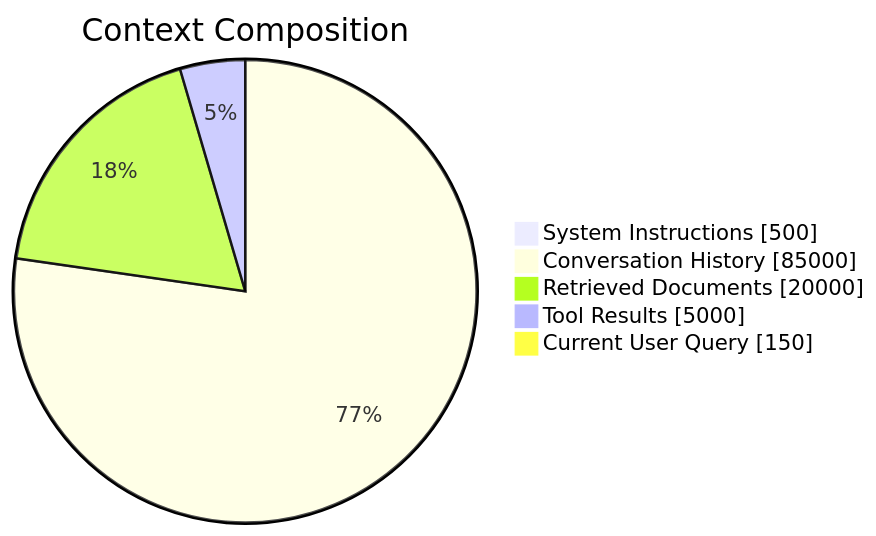
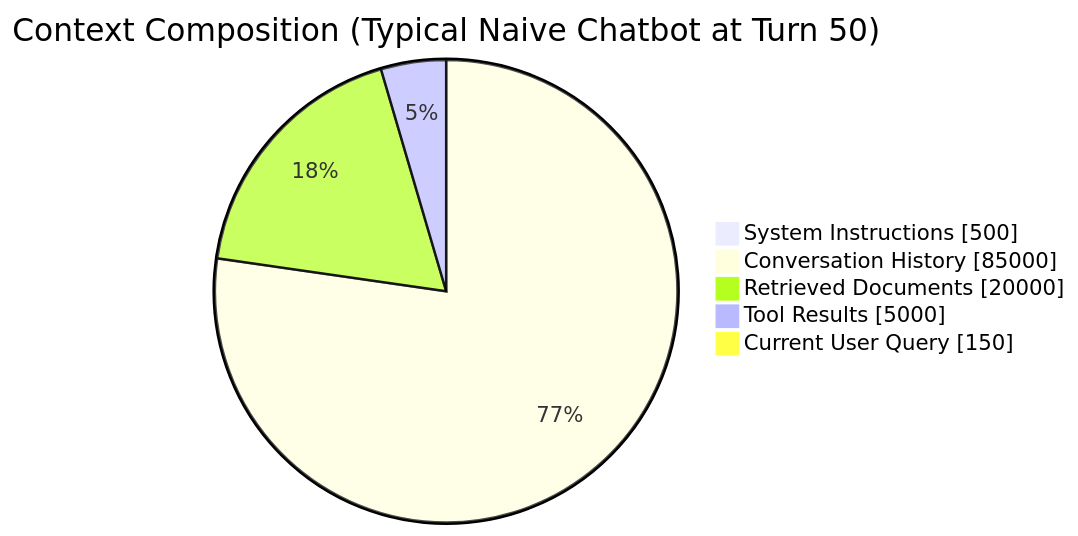
The fourth of 9 diagrams in Lecture 19 - Agent Memory Systems/notes/01_Stateless_LLM_APIs_and_Context_Window_Limitations.md (Amie-dev/FDE-and-GenAI-Mastery), drawn with Mermaid before and after one commit. The commit also changed other lines of this file and 9 other files, not shown here.

````diff
--- a/Lecture 19 - Agent Memory Systems/notes/01_Stateless_LLM_APIs_and_Context_Window_Limitations.md
+++ b/Lecture 19 - Agent Memory Systems/notes/01_Stateless_LLM_APIs_and_Context_Window_Limitations.md
@@ -76,9 +142,9 @@
 ```mermaid
 pie showData
-    title Context Composition
+    title Context Composition (Typical Naive Chatbot at Turn 50)
     "System Instructions" : 500
     "Conversation History" : 85000
     "Retrieved Documents" : 20000
     "Tool Results" : 5000
     "Current User Query" : 150
 ```
````
